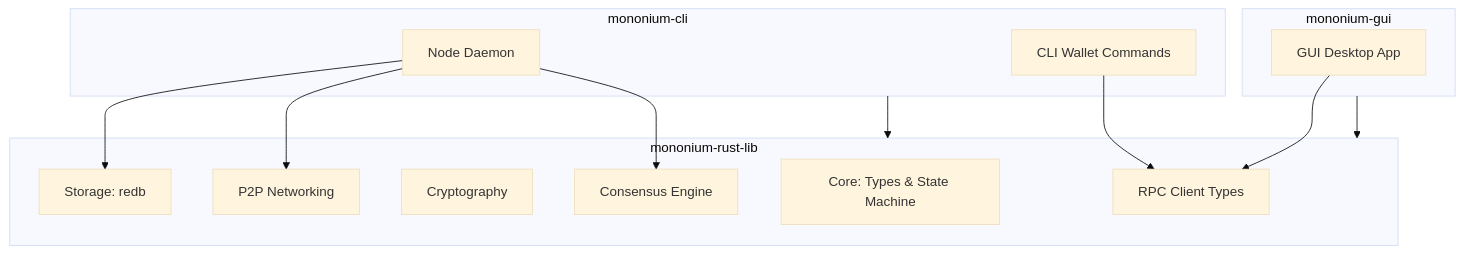
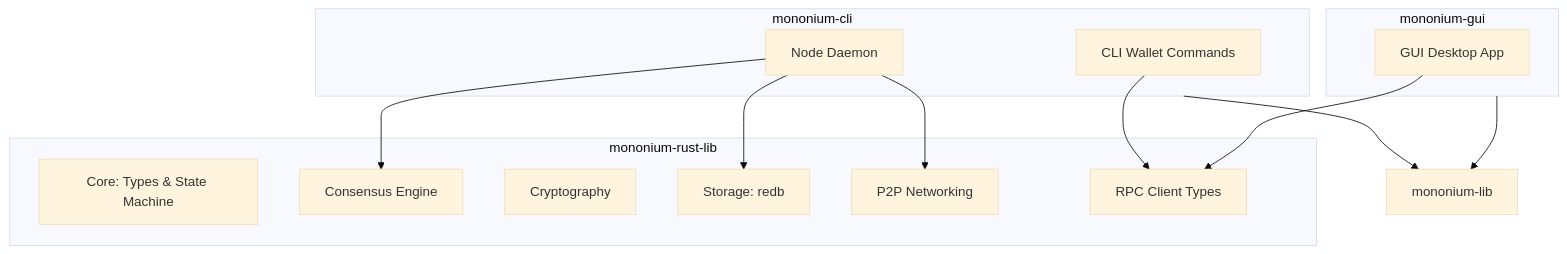
The diagram in docs/plans/V1.0.0/Architecture.md (Monbuticloud/mononium), drawn with Mermaid (base theme) before and after one commit. The commit also changed other lines of this file and 23 other files, not shown here.

````diff
--- a/docs/plans/V1.0.0/Architecture.md
+++ b/docs/plans/V1.0.0/Architecture.md
@@ -21,28 +21,28 @@
 ```mermaid
 graph TD
     subgraph mononium-rust-lib
         Core[Core: Types & State Machine]
         Consensus[Consensus Engine]
         Crypto[Cryptography]
         Storage[Storage: redb]
         Network[P2P Networking]
         RPC[RPC Client Types]
     end
 
     subgraph mononium-cli
         Node[Node Daemon]
         WalletCLI[CLI Wallet Commands]
     end
 
     subgraph mononium-gui
         GUI[GUI Desktop App]
     end
 
-    mononium-cli --> mononium-rust-lib
-    mononium-gui --> mononium-rust-lib
+    mononium-cli --> mononium-lib
+    mononium-gui --> mononium-lib
     Node --> Storage
     Node --> Network
     Node --> Consensus
     WalletCLI --> RPC
     GUI --> RPC
 ```
````
